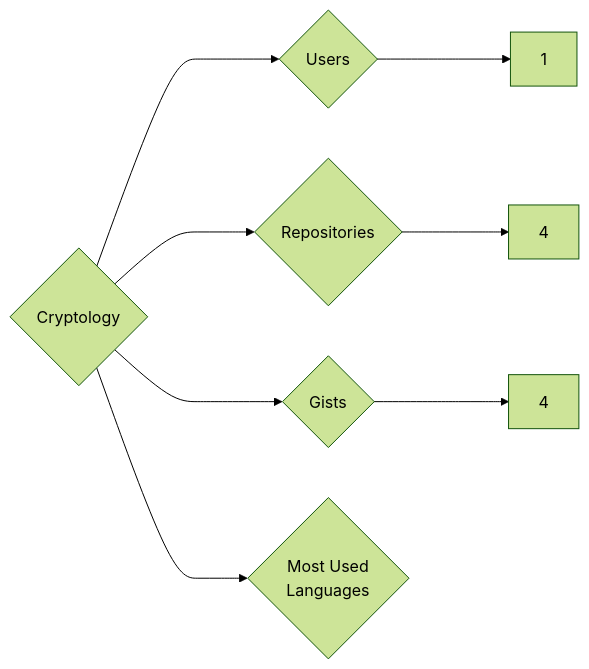
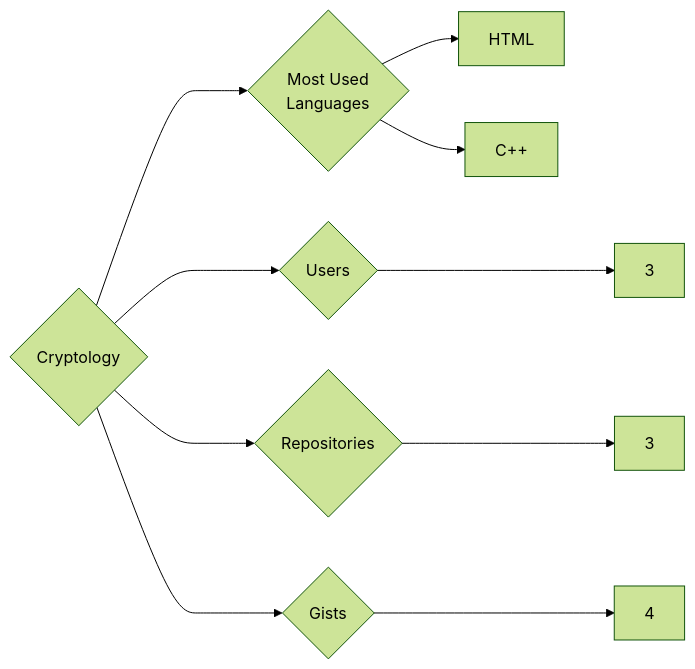
One commit to trickest/insiders changed the diagram in targets/Cryptology/README.md. Above: the diagram before and after it, drawn with Mermaid (forest theme). The commit also changed 938 other files, not shown here.

````diff
--- a/targets/Cryptology/README.md
+++ b/targets/Cryptology/README.md
@@ -3,8 +3,10 @@
 ```mermaid
 graph LR
 COMPANY_NAME{Cryptology}
-COMPANY_NAME ---> U{Users} ---> UN[1]
-COMPANY_NAME ---> R{Repositories} ---> RN[4]
+COMPANY_NAME ---> U{Users} ---> UN[3]
+COMPANY_NAME ---> R{Repositories} ---> RN[3]
 COMPANY_NAME ---> G{Gists} ---> GN[4]
 COMPANY_NAME ---> ML{Most Used<br>Languages}
+ML --> HTML[HTML]
+ML --> C++[C++]
 ```
````
